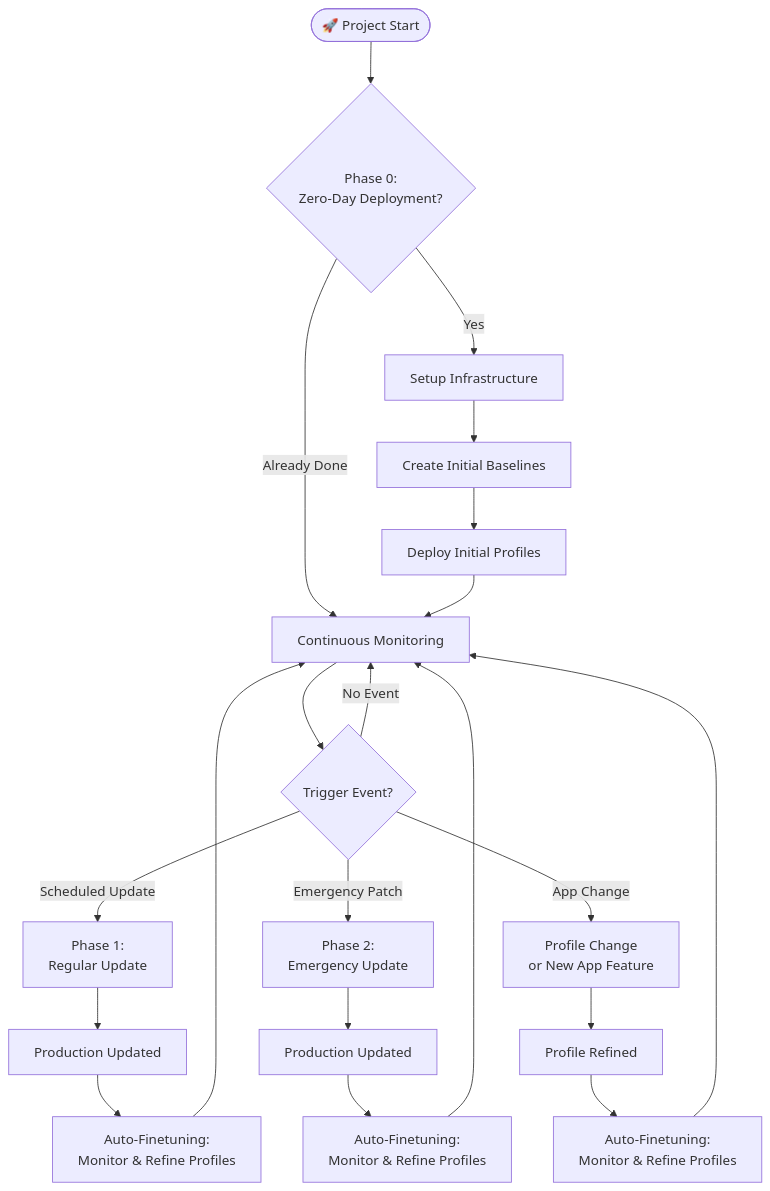
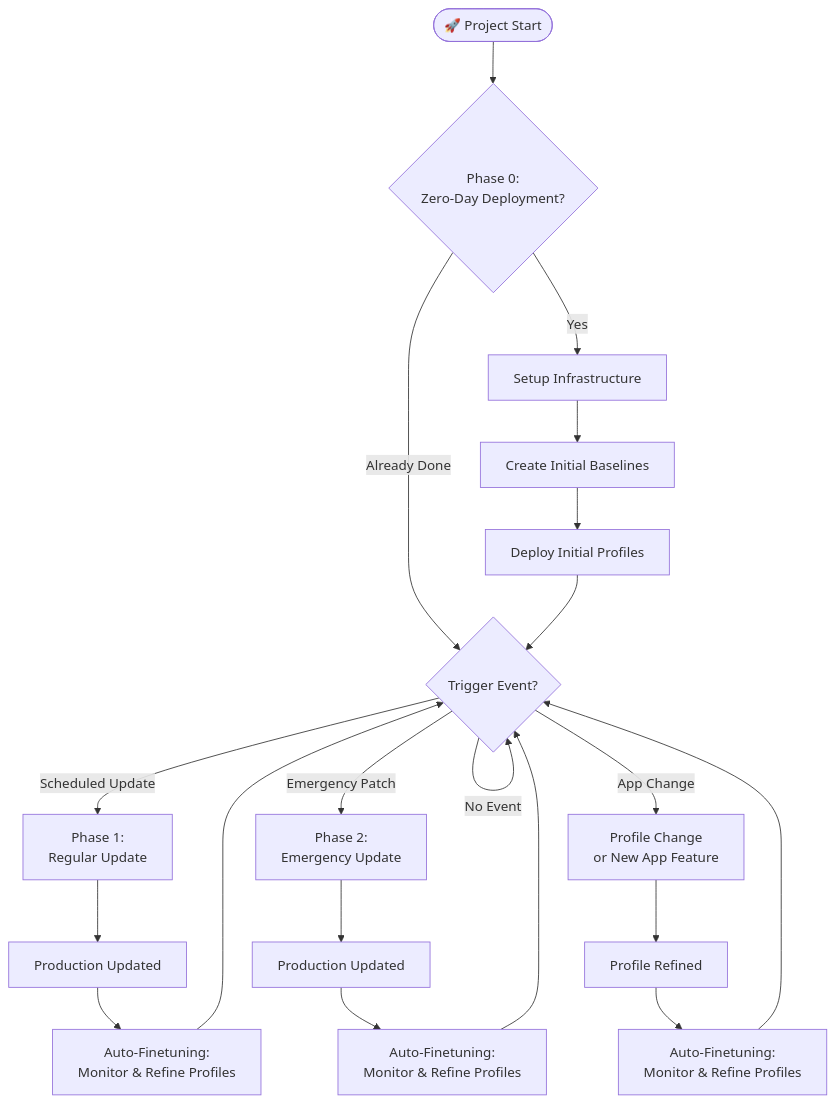
The first of 16 diagrams in COMPLETE_WORKFLOW.md (jimmyloi1025/apparmor_automation), drawn with Mermaid before and after one commit. The commit also changed other lines of this file, not shown here.

````diff
--- a/COMPLETE_WORKFLOW.md
+++ b/COMPLETE_WORKFLOW.md
@@ -53,44 +53,42 @@
 ```mermaid
 flowchart TB
     A([🚀 Project Start])
     B{Phase 0:<br>Zero-Day Deployment?}
     C[Setup Infrastructure]
     D[Create Initial Baselines]
     E[Deploy Initial Profiles]
-    F[Continuous Monitoring]
     G{Trigger Event?}
     H1[Phase 1:<br>Regular Update]
     H2[Phase 2:<br>Emergency Update]
     H3[Profile Change<br>or New App Feature]
     I1[Production Updated]
     I2[Production Updated]
     I3[Profile Refined]
     J1[Auto-Finetuning:<br>Monitor & Refine Profiles]
     J2[Auto-Finetuning:<br>Monitor & Refine Profiles]
     J3[Auto-Finetuning:<br>Monitor & Refine Profiles]
 
     A --> B
     B -- Yes --> C
-    B -- Already Done --> F
+    B -- Already Done --> G
     C --> D
     D --> E
-    E --> F
-    F --> G
+    E --> G
 
     G -- Scheduled Update --> H1
     G -- Emergency Patch --> H2
     G -- App Change --> H3
-    G -- No Event --> F
+    G -- No Event --> G
 
     H1 --> I1
     H2 --> I2
     H3 --> I3
 
     I1 --> J1
     I2 --> J2
     I3 --> J3
 
-    J1 --> F
-    J2 --> F
-    J3 --> F
+    J1 --> G
+    J2 --> G
+    J3 --> G
 ```
````
